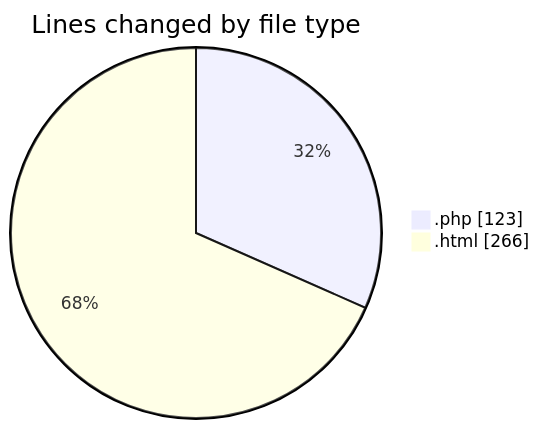
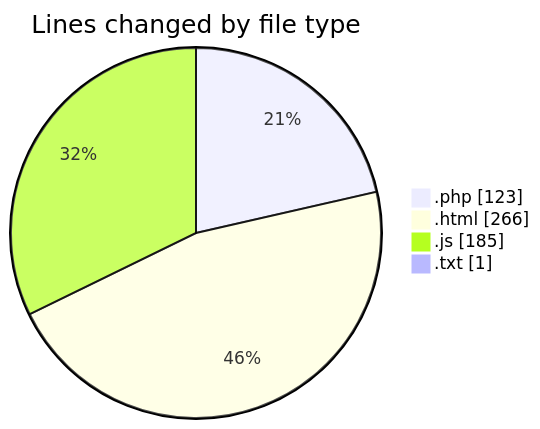
One commit to lephambinh05/code-tracking changed the first of 2 diagrams in 2025-08-10/getmailotp/README.md. Above: the diagram before and after it, drawn with Mermaid. The commit also changed other lines of this file and 1 other file, not shown here.

````diff
--- a/2025-08-10/getmailotp/README.md
+++ b/2025-08-10/getmailotp/README.md
@@ -21,6 +23,8 @@
 ```mermaid
 pie showData
 title Lines changed by file type
 ".php" : 123
 ".html" : 266
+".js" : 185
+".txt" : 1
 ```
````
